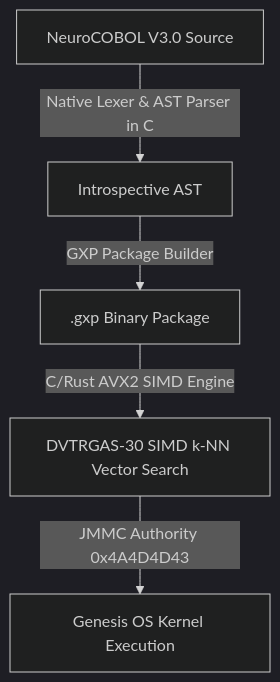
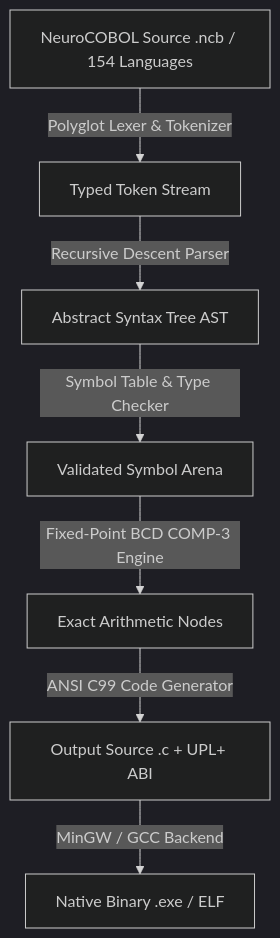
One commit to cyberenigma-lgtm/NeuroCOBOL-V3.0 changed the diagram in README.md. Above: the diagram before and after it, drawn with Mermaid (dark theme). The commit also changed other lines of this file and 485 other files, not shown here.

````diff
--- a/README.md
+++ b/README.md
@@ -23,7 +39,9 @@
 ```mermaid
 graph TD
-    NC[NeuroCOBOL V3.0 Source] -->|Native Lexer & AST Parser in C| AST[Introspective AST]
-    AST -->|GXP Package Builder| GXP[.gxp Binary Package]
-    GXP -->|C/Rust AVX2 SIMD Engine| SIMD[DVTRGAS-30 SIMD k-NN Vector Search]
-    SIMD -->|JMMC Authority 0x4A4D4D43| Ring0[Genesis OS Kernel Execution]
+    A[NeuroCOBOL Source .ncb / 154 Languages] -->|Polyglot Lexer & Tokenizer| B[Typed Token Stream]
+    B -->|Recursive Descent Parser| C[Abstract Syntax Tree AST]
+    C -->|Symbol Table & Type Checker| D[Validated Symbol Arena]
+    D -->|Fixed-Point BCD COMP-3 Engine| E[Exact Arithmetic Nodes]
+    E -->|ANSI C99 Code Generator| F[Output Source .c + UPL+ ABI]
+    F -->|MinGW / GCC Backend| G[Native Binary .exe / ELF]
 ```
````
